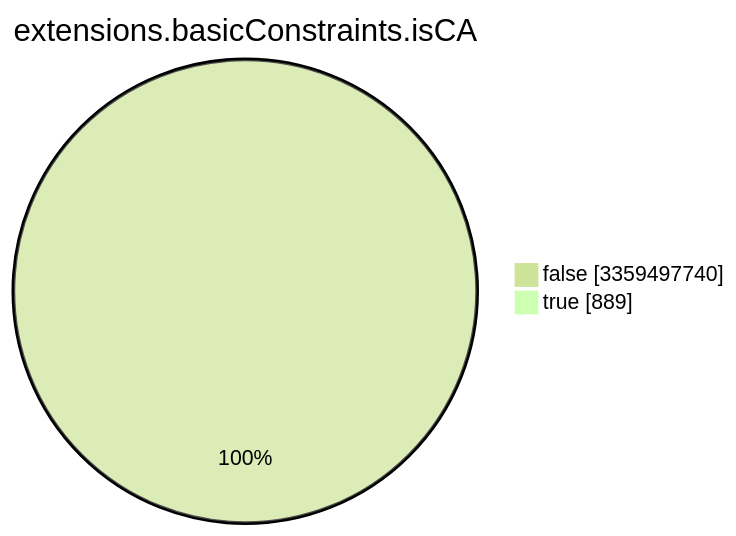
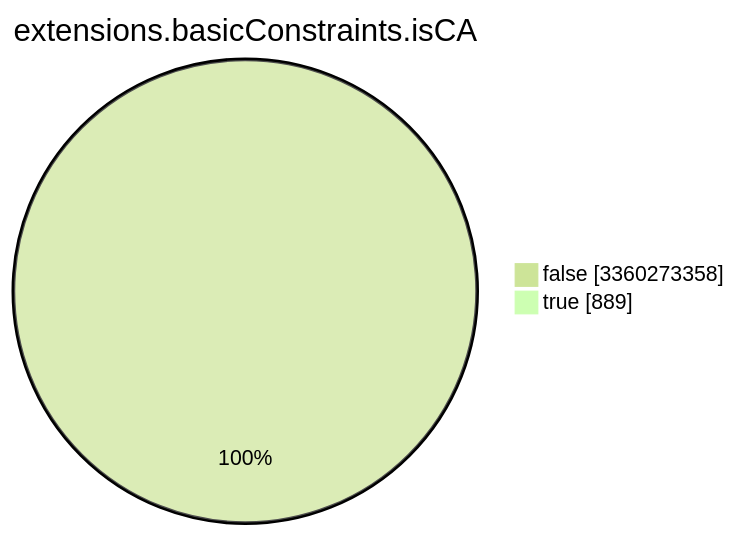
Before and after one commit to christiankrug/ctmonitor_visualization: the seventh of 15 diagrams in TOTAL/README.md, drawn with Mermaid (forest theme). The commit also changed other lines of this file, not shown here.

````diff
--- a/TOTAL/README.md
+++ b/TOTAL/README.md
@@ -3090,6 +3090,6 @@
 ```mermaid
 pie showData
 title extensions.basicConstraints.isCA
-"false" :3359497740
+"false" :3360273358
 "true" :889
 ```
````
